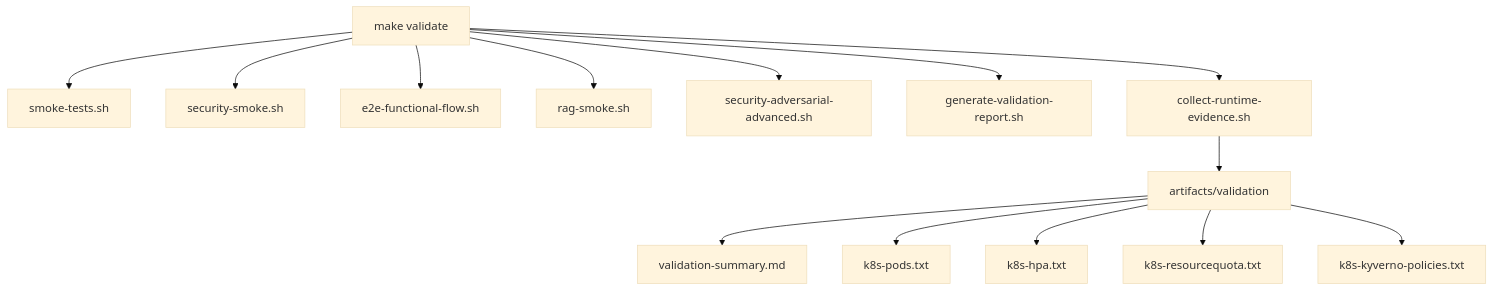
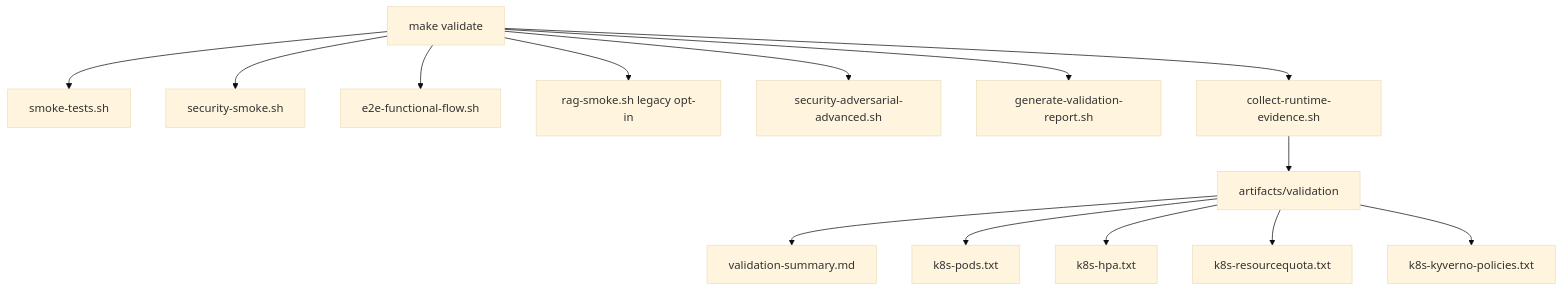
The tenth of 12 diagrams in docs/architecture/devsecops-mermaid.md (YassinoMed/MasterPFE), drawn with Mermaid (base theme) before and after one commit. The commit also changed other lines of this file and 144 other files, not shown here.

````diff
--- a/docs/architecture/devsecops-mermaid.md
+++ b/docs/architecture/devsecops-mermaid.md
@@ -167,17 +164,17 @@
 ```mermaid
 flowchart TD
   A["make validate"] --> B["smoke-tests.sh"]
   A --> C["security-smoke.sh"]
   A --> D["e2e-functional-flow.sh"]
-  A --> E["rag-smoke.sh"]
+  A --> E["rag-smoke.sh legacy opt-in"]
   A --> F["security-adversarial-advanced.sh"]
   A --> G["generate-validation-report.sh"]
   A --> H["collect-runtime-evidence.sh"]
 
   H --> I["artifacts/validation"]
   I --> I1["validation-summary.md"]
   I --> I2["k8s-pods.txt"]
   I --> I3["k8s-hpa.txt"]
   I --> I4["k8s-resourcequota.txt"]
   I --> I5["k8s-kyverno-policies.txt"]
 ```
````
